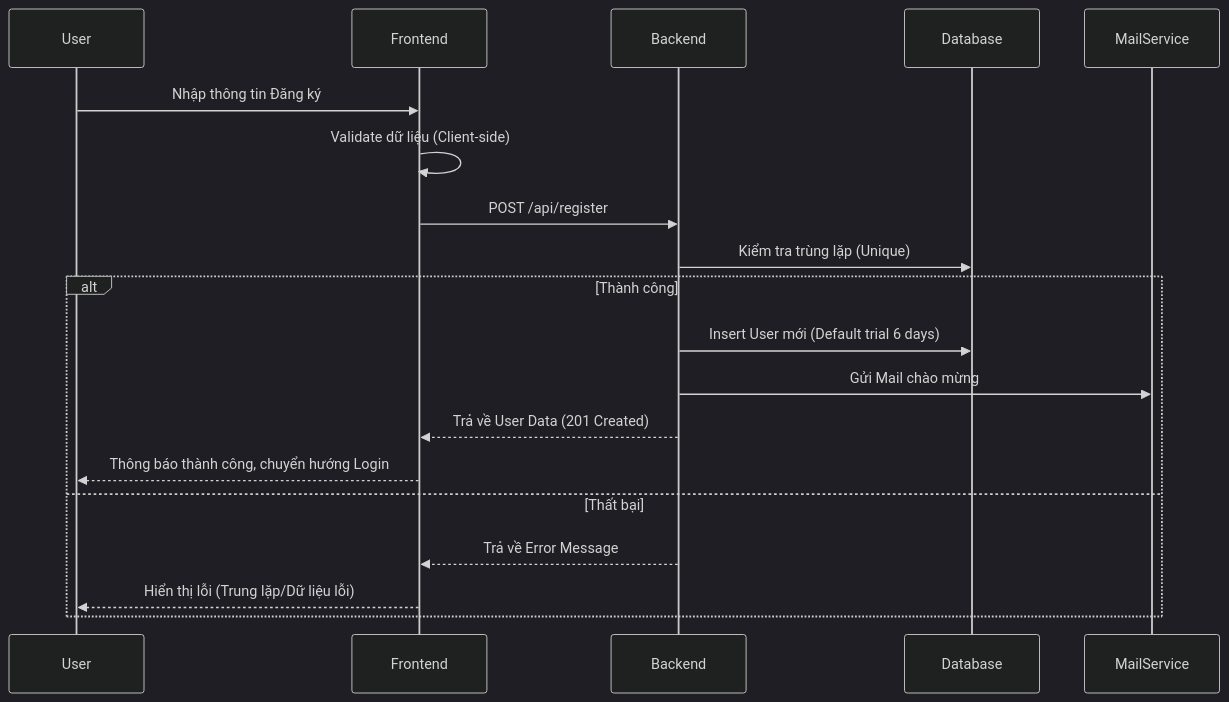
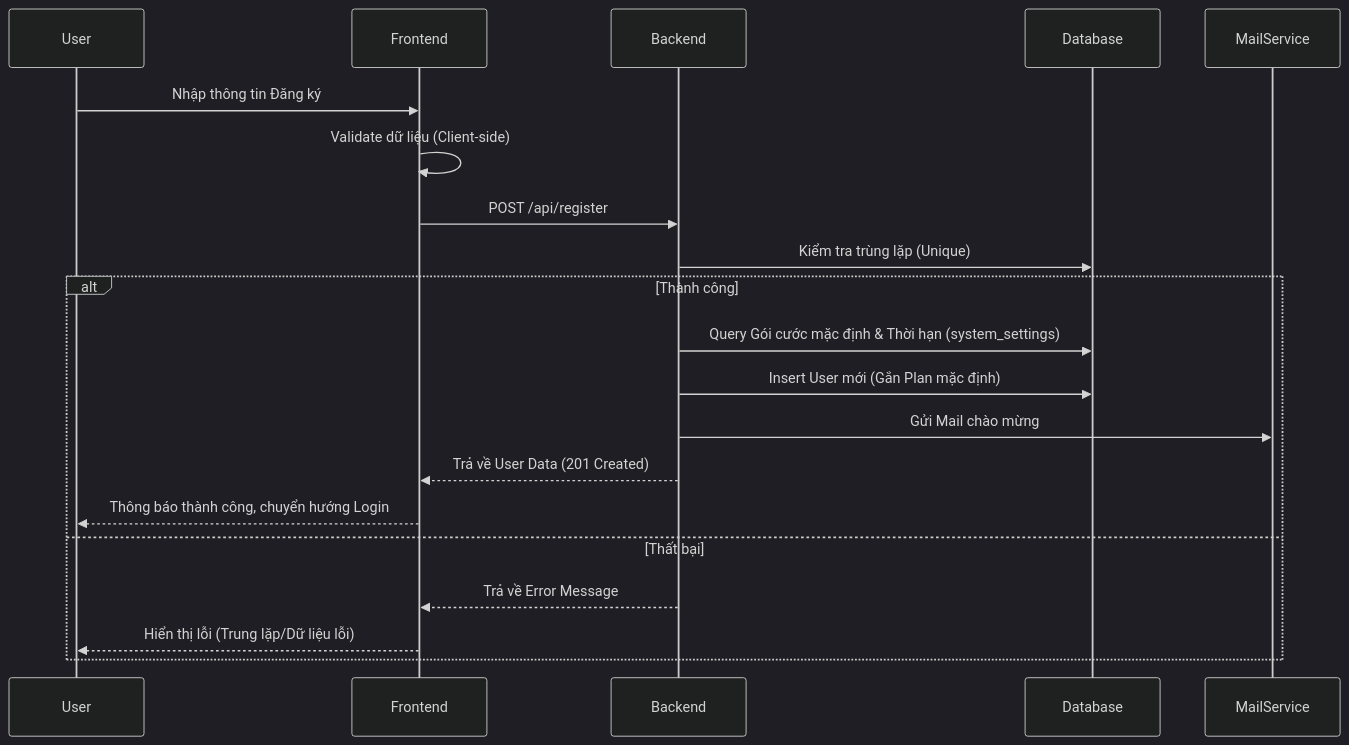
One commit to SmartLearn1987/smartlearnapp changed the second of 3 diagrams in spec/auth/DetailDesign_Auth.md. Above: the diagram before and after it, drawn with Mermaid (dark theme). The commit also changed other lines of this file and 27 other files, not shown here.

````diff
--- a/spec/auth/DetailDesign_Auth.md
+++ b/spec/auth/DetailDesign_Auth.md
@@ -115,22 +115,23 @@
 ```mermaid
 sequenceDiagram
     participant User
     participant Frontend
     participant Backend
     participant Database
     participant MailService
 
     User->>Frontend: Nhập thông tin Đăng ký
     Frontend->>Frontend: Validate dữ liệu (Client-side)
     Frontend->>Backend: POST /api/register
     Backend->>Database: Kiểm tra trùng lặp (Unique)
     alt Thành công
-        Backend->>Database: Insert User mới (Default trial 6 days)
+        Backend->>Database: Query Gói cước mặc định & Thời hạn (system_settings)
+        Backend->>Database: Insert User mới (Gắn Plan mặc định)
         Backend->>MailService: Gửi Mail chào mừng
         Backend-->>Frontend: Trả về User Data (201 Created)
         Frontend-->>User: Thông báo thành công, chuyển hướng Login
     else Thất bại
         Backend-->>Frontend: Trả về Error Message
         Frontend-->>User: Hiển thị lỗi (Trung lặp/Dữ liệu lỗi)
     end
 ```
````
